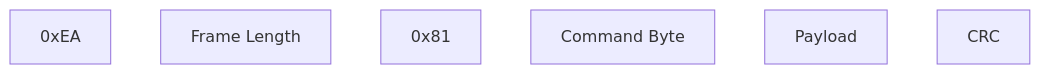
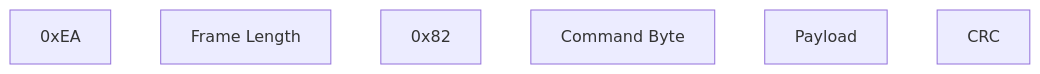
One commit to tbs-fpv/tbs-crsf-spec changed the sixth of 7 diagrams in crsf.md. Above: the diagram before and after it, drawn with Mermaid. The commit also changed other lines of this file, not shown here.

````diff
--- a/crsf.md
+++ b/crsf.md
@@ -1260,4 +1260,4 @@
 ```mermaid
 flowchart LR
-    0xEA ~~~ id0[Frame Length] ~~~ 0x81 ~~~ id1[Command Byte] ~~~ Payload ~~~ CRC
+    0xEA ~~~ id0[Frame Length] ~~~ 0x82 ~~~ id1[Command Byte] ~~~ Payload ~~~ CRC
 ```
````
